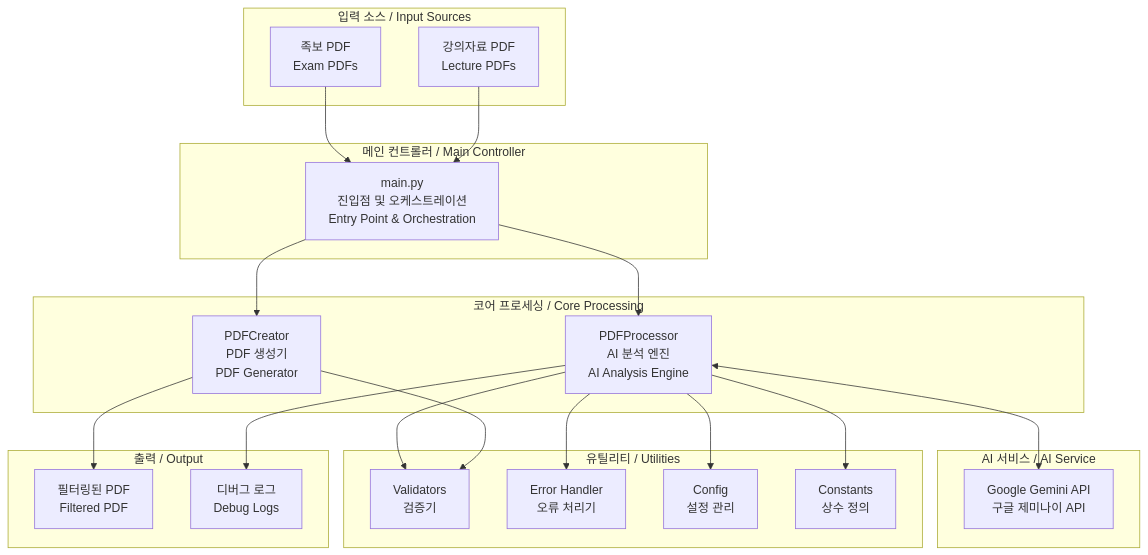
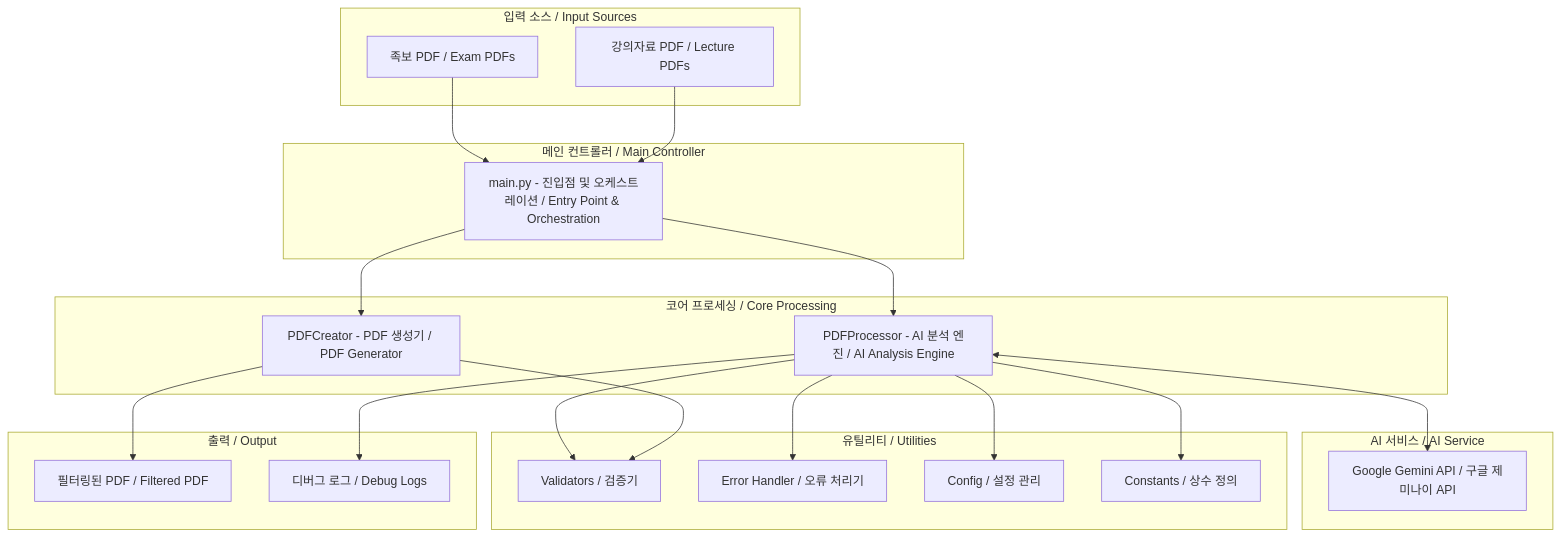
One commit to ksw6895/jokbodude changed the second of 39 diagrams in architecture.md. Above: the diagram before and after it, drawn with Mermaid. The commit also changed other lines of this file, not shown here.

First line of the commit message:
fix: architecture.md Mermaid 다이어그램 파싱 오류 수정

````diff
--- a/architecture.md
+++ b/architecture.md
@@ -104,45 +104,45 @@
 ```mermaid
 graph TB
     subgraph "입력 소스 / Input Sources"
-        A[족보 PDF<br/>Exam PDFs] 
-        B[강의자료 PDF<br/>Lecture PDFs]
+        A[족보 PDF / Exam PDFs] 
+        B[강의자료 PDF / Lecture PDFs]
     end
     
     subgraph "메인 컨트롤러 / Main Controller"
-        C[main.py<br/>진입점 및 오케스트레이션<br/>Entry Point & Orchestration]
+        C[main.py - 진입점 및 오케스트레이션 / Entry Point & Orchestration]
     end
     
     subgraph "코어 프로세싱 / Core Processing"
-        D[PDFProcessor<br/>AI 분석 엔진<br/>AI Analysis Engine]
-        E[PDFCreator<br/>PDF 생성기<br/>PDF Generator]
+        D[PDFProcessor - AI 분석 엔진 / AI Analysis Engine]
+        E[PDFCreator - PDF 생성기 / PDF Generator]
     end
     
     subgraph "AI 서비스 / AI Service"
-        F[Google Gemini API<br/>구글 제미나이 API]
+        F[Google Gemini API / 구글 제미나이 API]
     end
     
     subgraph "유틸리티 / Utilities"
-        G[Validators<br/>검증기]
-        H[Error Handler<br/>오류 처리기]
-        I[Config<br/>설정 관리]
-        J[Constants<br/>상수 정의]
+        G[Validators / 검증기]
+        H[Error Handler / 오류 처리기]
+        I[Config / 설정 관리]
+        J[Constants / 상수 정의]
     end
     
     subgraph "출력 / Output"
-        K[필터링된 PDF<br/>Filtered PDF]
-        L[디버그 로그<br/>Debug Logs]
+        K[필터링된 PDF / Filtered PDF]
+        L[디버그 로그 / Debug Logs]
     end
     
     A --> C
     B --> C
     C --> D
     C --> E
     D <--> F
     D --> G
     D --> H
     D --> I
     D --> J
     E --> G
     E --> K
     D --> L
 ```
````
